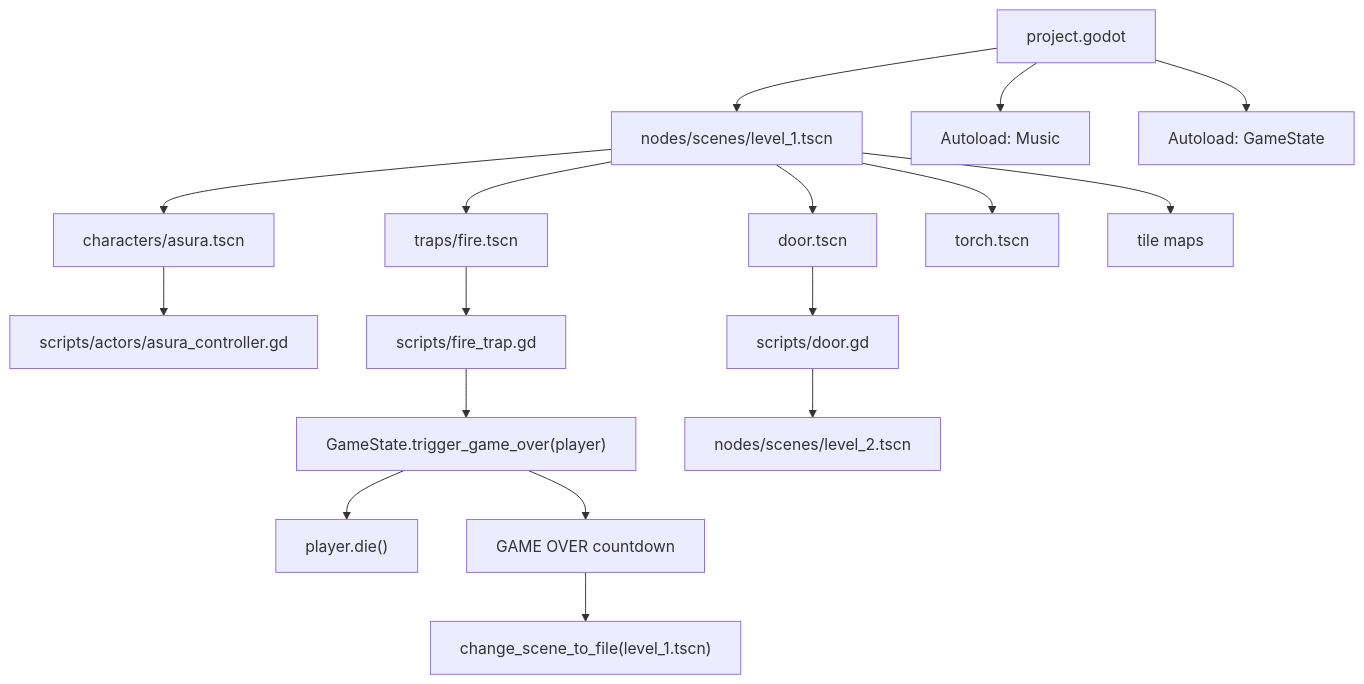
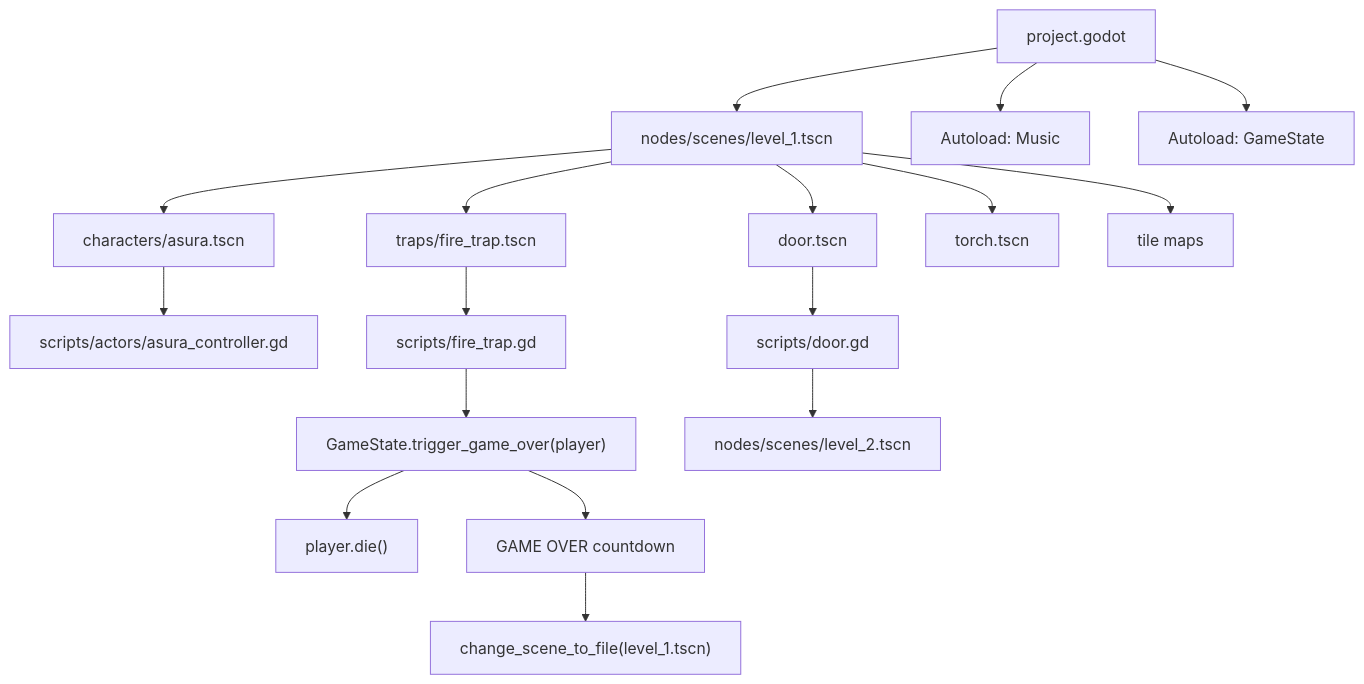
Before and after one commit to vietanhyoyo/dungeon_traps: the diagram in docs/ARCHITECTURE.md, drawn with Mermaid. The commit also changed other lines of this file and 6 other files, not shown here.

````diff
--- a/docs/ARCHITECTURE.md
+++ b/docs/ARCHITECTURE.md
@@ -11,23 +11,23 @@
 ```mermaid
 flowchart TD
   Project["project.godot"] --> Main["nodes/scenes/level_1.tscn"]
   Project --> Music["Autoload: Music"]
   Project --> GameState["Autoload: GameState"]
 
   Main --> Asura["characters/asura.tscn"]
   Main --> Door["door.tscn"]
-  Main --> Fire["traps/fire.tscn"]
+  Main --> Fire["traps/fire_trap.tscn"]
   Main --> Torch["torch.tscn"]
   Main --> TileMap["tile maps"]
 
   Asura --> AsuraController["scripts/actors/asura_controller.gd"]
   Fire --> FireScript["scripts/fire_trap.gd"]
   Door --> DoorScript["scripts/door.gd"]
 
   FireScript --> GameOver["GameState.trigger_game_over(player)"]
   GameOver --> Die["player.die()"]
   GameOver --> Overlay["GAME OVER countdown"]
   Overlay --> Reload["change_scene_to_file(level_1.tscn)"]
 
   DoorScript --> Level2["nodes/scenes/level_2.tscn"]
 ```
````
